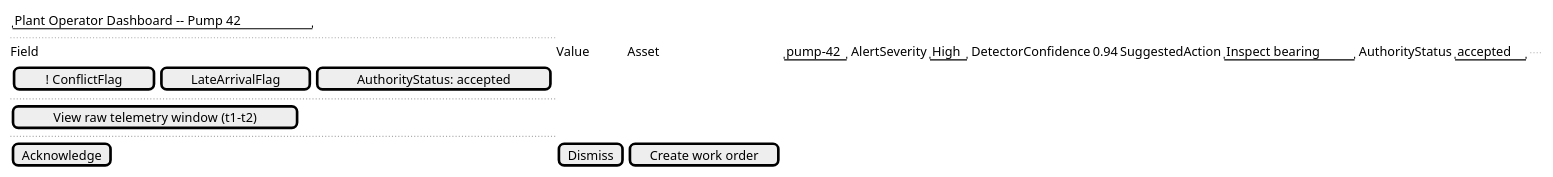
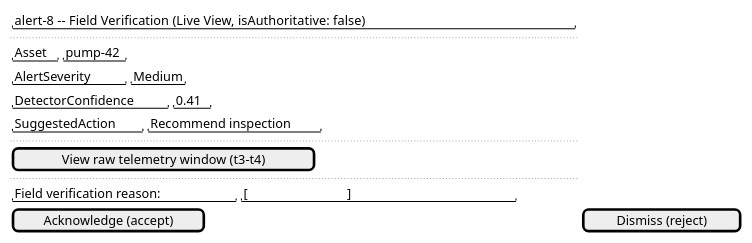
One commit to Mwwhited-BookLearning/EventSourcing changed the sixth of 7 diagrams in docs/domains/industrial-iot-predictive-maintenance/features/sensor-driven-maintenance-alert.md. Above: the diagram before and after it, drawn with PlantUML. The commit also changed other lines of this file and 37 other files, not shown here.

````diff
--- a/docs/domains/industrial-iot-predictive-maintenance/features/sensor-driven-maintenance-alert.md
+++ b/docs/domains/industrial-iot-predictive-maintenance/features/sensor-driven-maintenance-alert.md
@@ -331,20 +358,17 @@
 ```plantuml
 @startsalt
 {
-  { "Plant Operator Dashboard -- Pump 42" }
+  { "alert-8 -- Field Verification  (Live View, isAuthoritative: false)" }
   ..
-  | Field              | Value                                    |
-  | Asset               | "pump-42"                                |
-  | AlertSeverity        | "High"                                   |
-  | DetectorConfidence   | 0.94                                      |
-  | SuggestedAction      | "Inspect bearing"                        |
-  | AuthorityStatus       | "accepted"                               |
+  { "Asset"              | "pump-42"                 }
+  { "AlertSeverity"      | "Medium"                  }
+  { "DetectorConfidence" | "0.41"                    }
+  { "SuggestedAction"    | "Recommend inspection"    }
   ..
-  { [ ! ConflictFlag ] | [ LateArrivalFlag ] | [ AuthorityStatus: accepted ] }
+  [ View raw telemetry window (t3-t4) ]
   ..
-  [View raw telemetry window (t1-t2)]
-  ..
-  [Acknowledge] | [Dismiss] | [Create work order]
+  { "Field verification reason:" | "[                              ]" }
+  [ Acknowledge (accept) ] | [ Dismiss (reject) ]
 }
 @endsalt
 ```
````
